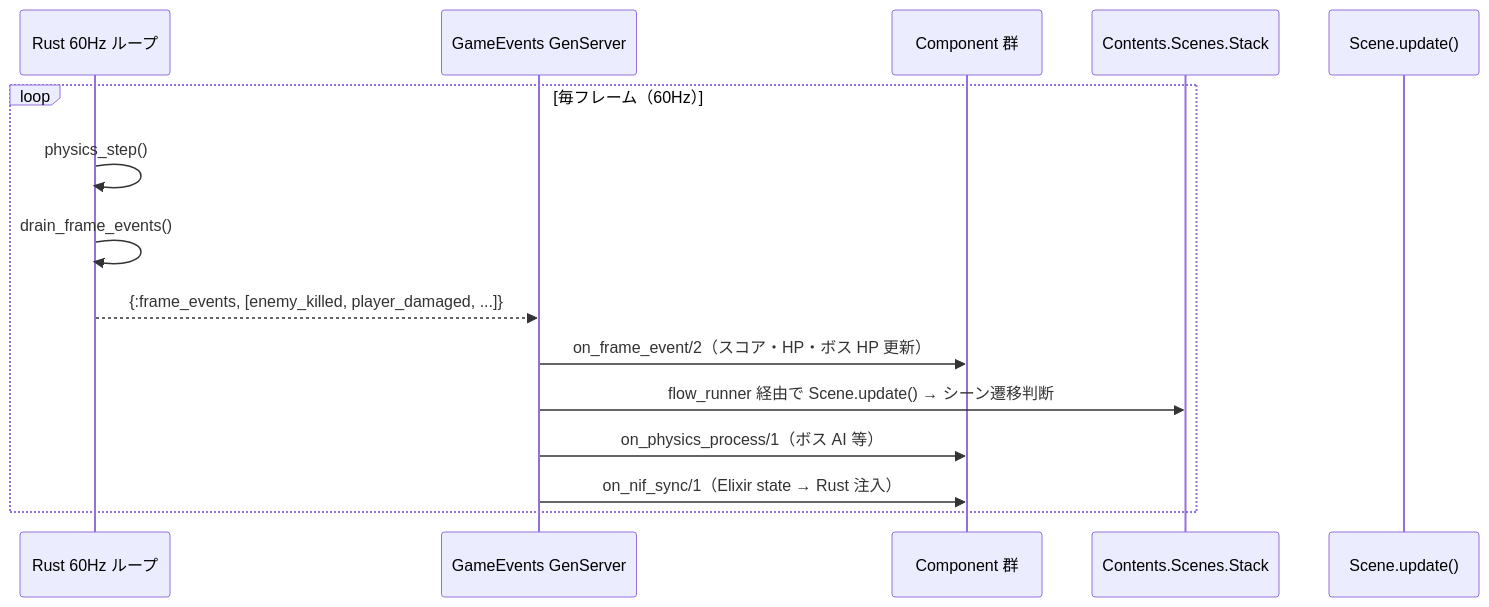
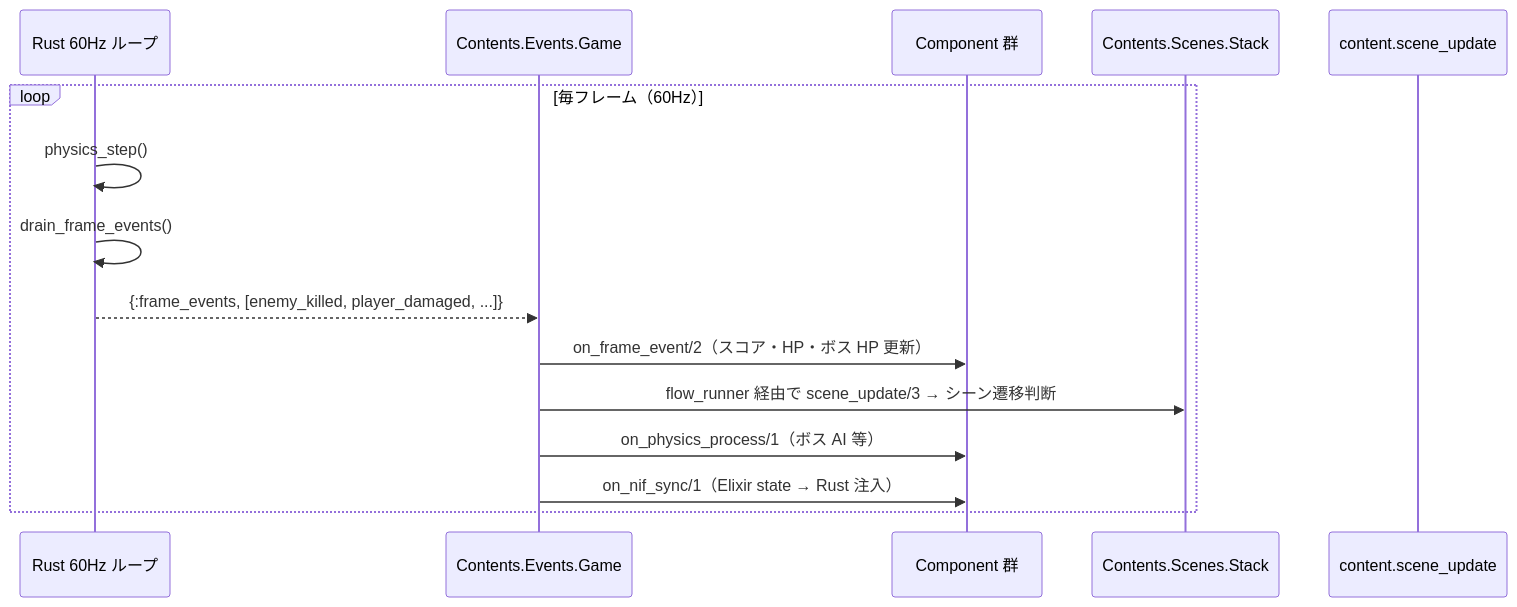
The fourth of 16 diagrams in docs/architecture/overview.md (FRICK-ELDY/alchemy-engine), drawn with Mermaid before and after one commit. The commit also changed other lines of this file and 7 other files, not shown here.

````diff
--- a/docs/architecture/overview.md
+++ b/docs/architecture/overview.md
@@ -283,18 +261,18 @@
 ```mermaid
 sequenceDiagram
     participant R as Rust 60Hz ループ
-    participant GE as GameEvents GenServer
+    participant GE as Contents.Events.Game
     participant COMP as Component 群
     participant SS as Contents.Scenes.Stack
-    participant S as Scene.update()
+    participant S as content.scene_update
 
     loop 毎フレーム（60Hz）
         R->>R: physics_step()
         R->>R: drain_frame_events()
         R-->>GE: {:frame_events, [enemy_killed, player_damaged, ...]}
         GE->>COMP: on_frame_event/2（スコア・HP・ボス HP 更新）
-        GE->>SS: flow_runner 経由で Scene.update() → シーン遷移判断
+        GE->>SS: flow_runner 経由で scene_update/3 → シーン遷移判断
         GE->>COMP: on_physics_process/1（ボス AI 等）
         GE->>COMP: on_nif_sync/1（Elixir state → Rust 注入）
     end
 ```
````
